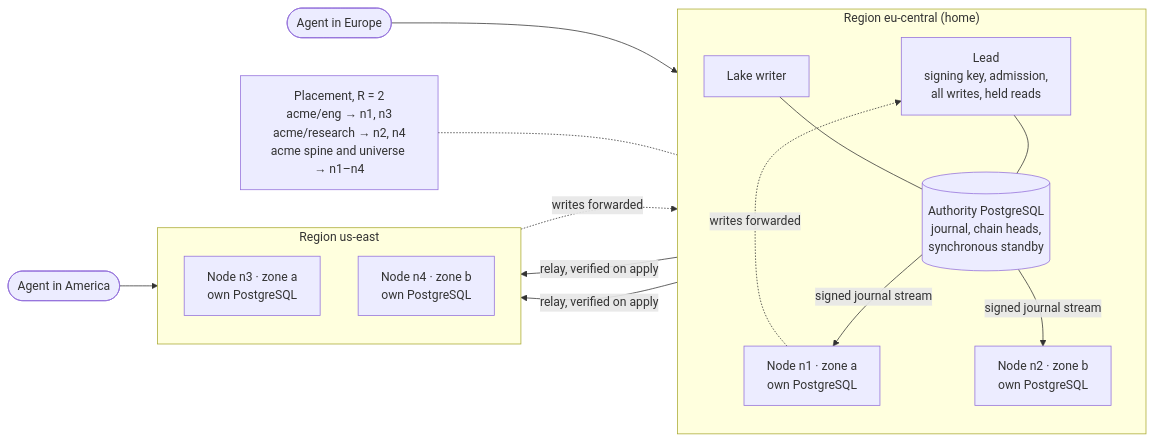
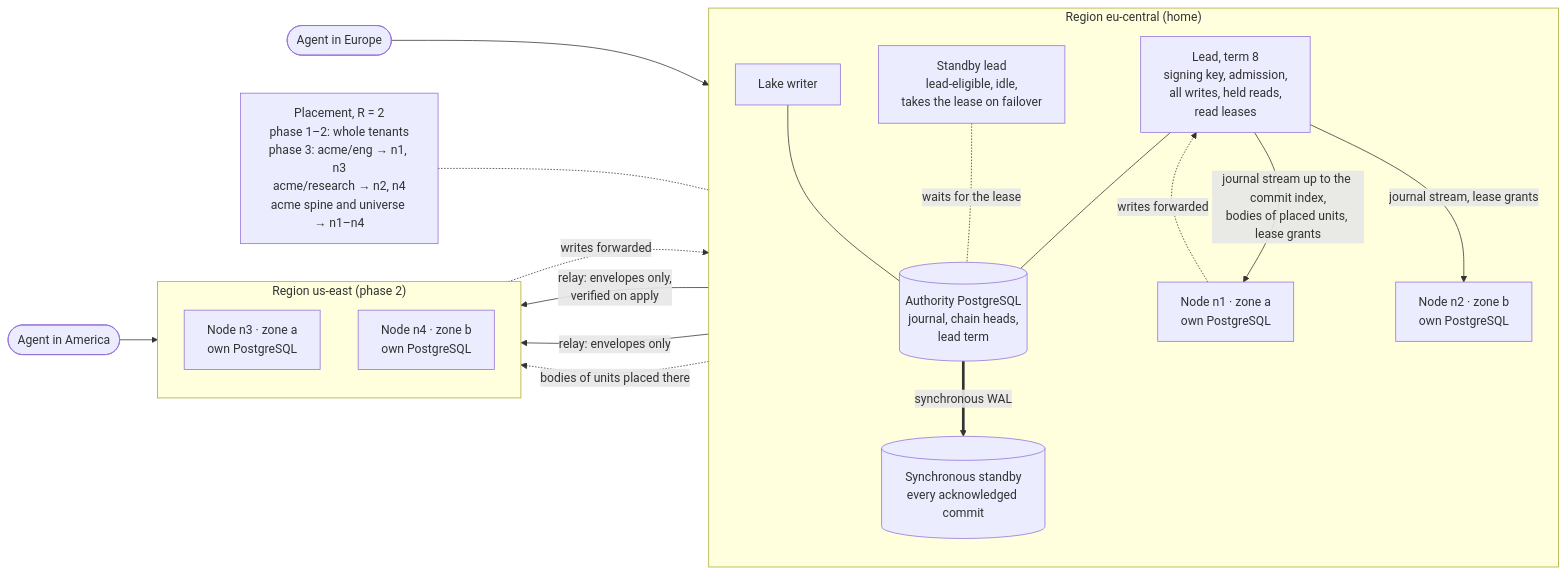
The first of 5 diagrams in docs/adr/ADR-0073-a-leader-signs-every-write-and-nodes-serve-the-workareas-placed-on-them-each-read-routed-to-the-closest-less-busy-replica-fresh-enough-for-it.md (e8kor/open-memory-lab), drawn with Mermaid before and after one commit. The commit also changed other lines of this file and 3 other files, not shown here.

First line of the commit message:
ADR-0073 round 1: term-bound leases, a commit index, verified joins and upgrades first

````diff
--- a/docs/adr/ADR-0073-a-leader-signs-every-write-and-nodes-serve-the-workareas-placed-on-them-each-read-routed-to-the-closest-less-busy-replica-fresh-enough-for-it.md
+++ b/docs/adr/ADR-0073-a-leader-signs-every-write-and-nodes-serve-the-workareas-placed-on-them-each-read-routed-to-the-closest-less-busy-replica-fresh-enough-for-it.md
@@ -70,28 +78,33 @@
 ```mermaid
 flowchart LR
     subgraph home["Region eu-central (home)"]
         direction TB
-        L["Lead<br/>signing key, admission,<br/>all writes, held reads"]
-        ADB[("Authority PostgreSQL<br/>journal, chain heads,<br/>synchronous standby")]
+        L["Lead, term 8<br/>signing key, admission,<br/>all writes, held reads,<br/>read leases"]
+        S["Standby lead<br/>lead-eligible, idle,<br/>takes the lease on failover"]
+        ADB[("Authority PostgreSQL<br/>journal, chain heads,<br/>lead term")]
+        SB[("Synchronous standby<br/>every acknowledged commit")]
         LW["Lake writer"]
         N1["Node n1 · zone a<br/>own PostgreSQL"]
         N2["Node n2 · zone b<br/>own PostgreSQL"]
         L --- ADB
+        S -. "waits for the lease" .- ADB
+        ADB == "synchronous WAL" ==> SB
         LW --- ADB
     end
-    subgraph west["Region us-east"]
+    subgraph west["Region us-east (phase 2)"]
         direction TB
         N3["Node n3 · zone a<br/>own PostgreSQL"]
         N4["Node n4 · zone b<br/>own PostgreSQL"]
     end
-    ADB -- "signed journal stream" --> N1
-    ADB -- "signed journal stream" --> N2
-    N2 -- "relay, verified on apply" --> N3
-    N2 -- "relay, verified on apply" --> N4
+    L -- "journal stream up to the commit index,<br/>bodies of placed units, lease grants" --> N1
+    L -- "journal stream, lease grants" --> N2
+    N2 -- "relay: envelopes only,<br/>verified on apply" --> N3
+    N2 -- "relay: envelopes only" --> N4
+    L -. "bodies of units placed there" .-> N3
     C1(["Agent in Europe"]) --> N1
     C2(["Agent in America"]) --> N3
     N1 -. "writes forwarded" .-> L
     N3 -. "writes forwarded" .-> L
-    P["Placement, R = 2<br/>acme/eng → n1, n3<br/>acme/research → n2, n4<br/>acme spine and universe → n1–n4"]
+    P["Placement, R = 2<br/>phase 1–2: whole tenants<br/>phase 3: acme/eng → n1, n3<br/>acme/research → n2, n4<br/>acme spine and universe → n1–n4"]
     P -.- N2
 ```
````
